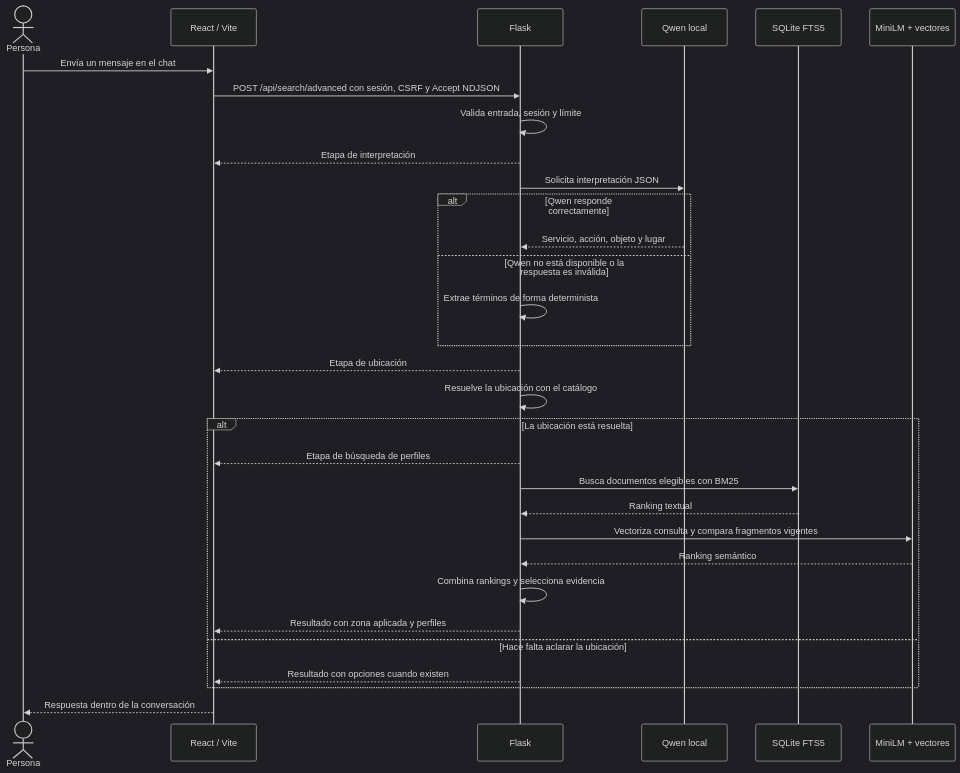
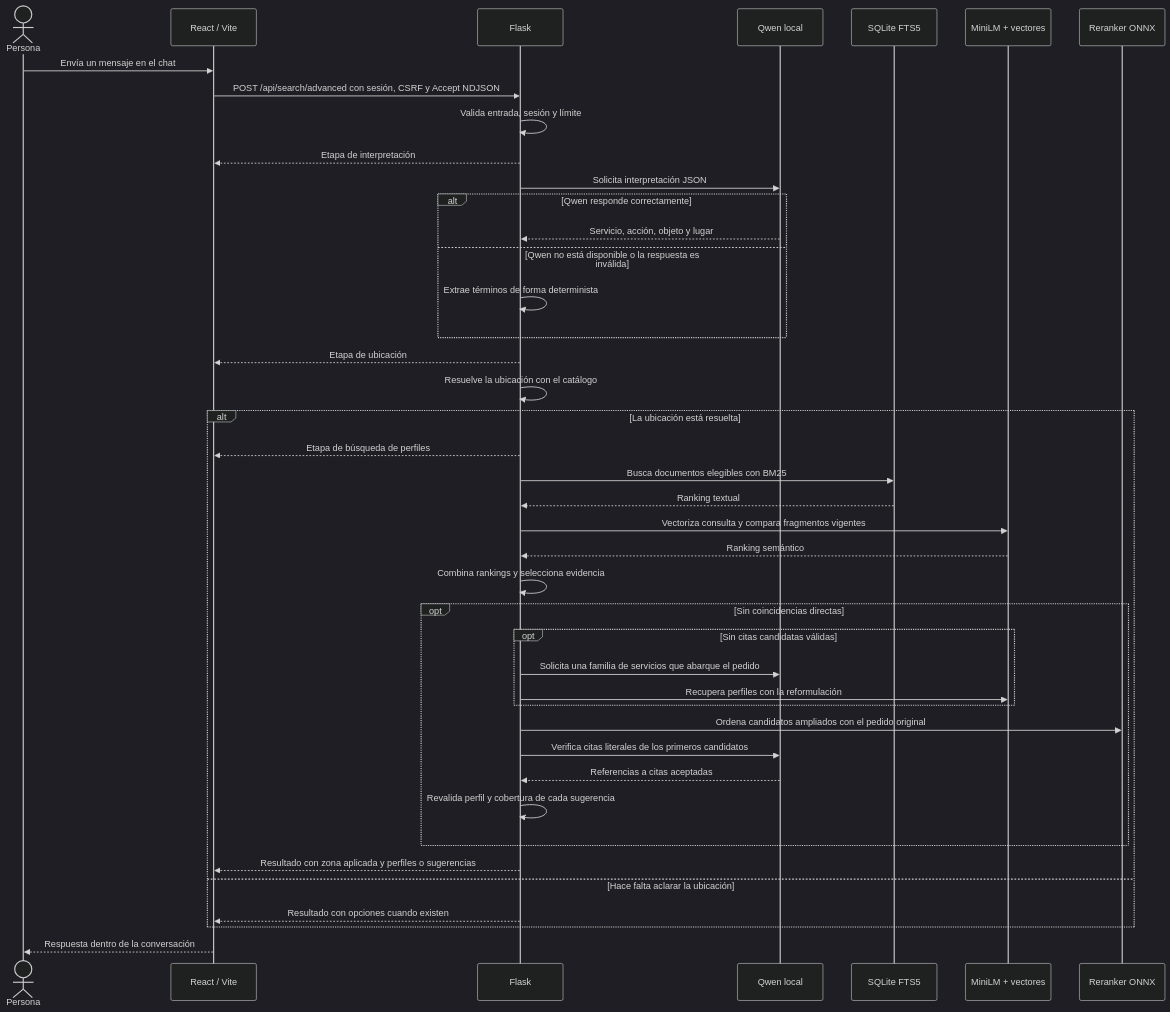
Before and after one commit to NebyX1/jobkler-public-quien-uy: the fourth of 5 diagrams in docs/Arquitectura-Actual.md, drawn with Mermaid (dark theme). The commit also changed other lines of this file and 29 other files, not shown here.

````diff
--- a/docs/Arquitectura-Actual.md
+++ b/docs/Arquitectura-Actual.md
@@ -78,33 +79,44 @@
 ```mermaid
 sequenceDiagram
     actor Persona
     participant Web as React / Vite
     participant API as Flask
     participant LLM as Qwen local
     participant Texto as SQLite FTS5
     participant Vec as MiniLM + vectores
+    participant Rerank as Reranker ONNX
     Persona->>Web: Envía un mensaje en el chat
     Web->>API: POST /api/search/advanced con sesión, CSRF y Accept NDJSON
     API->>API: Valida entrada, sesión y límite
     API-->>Web: Etapa de interpretación
     API->>LLM: Solicita interpretación JSON
     alt Qwen responde correctamente
         LLM-->>API: Servicio, acción, objeto y lugar
     else Qwen no está disponible o la respuesta es inválida
         API->>API: Extrae términos de forma determinista
     end
     API-->>Web: Etapa de ubicación
     API->>API: Resuelve la ubicación con el catálogo
     alt La ubicación está resuelta
         API-->>Web: Etapa de búsqueda de perfiles
         API->>Texto: Busca documentos elegibles con BM25
         Texto-->>API: Ranking textual
         API->>Vec: Vectoriza consulta y compara fragmentos vigentes
         Vec-->>API: Ranking semántico
         API->>API: Combina rankings y selecciona evidencia
-        API-->>Web: Resultado con zona aplicada y perfiles
+        opt Sin coincidencias directas
+            opt Sin citas candidatas válidas
+                API->>LLM: Solicita una familia de servicios que abarque el pedido
+                API->>Vec: Recupera perfiles con la reformulación
+            end
+            API->>Rerank: Ordena candidatos ampliados con el pedido original
+            API->>LLM: Verifica citas literales de los primeros candidatos
+            LLM-->>API: Referencias a citas aceptadas
+            API->>API: Revalida perfil y cobertura de cada sugerencia
+        end
+        API-->>Web: Resultado con zona aplicada y perfiles o sugerencias
     else Hace falta aclarar la ubicación
         API-->>Web: Resultado con opciones cuando existen
     end
     Web-->>Persona: Respuesta dentro de la conversación
 ```
````
